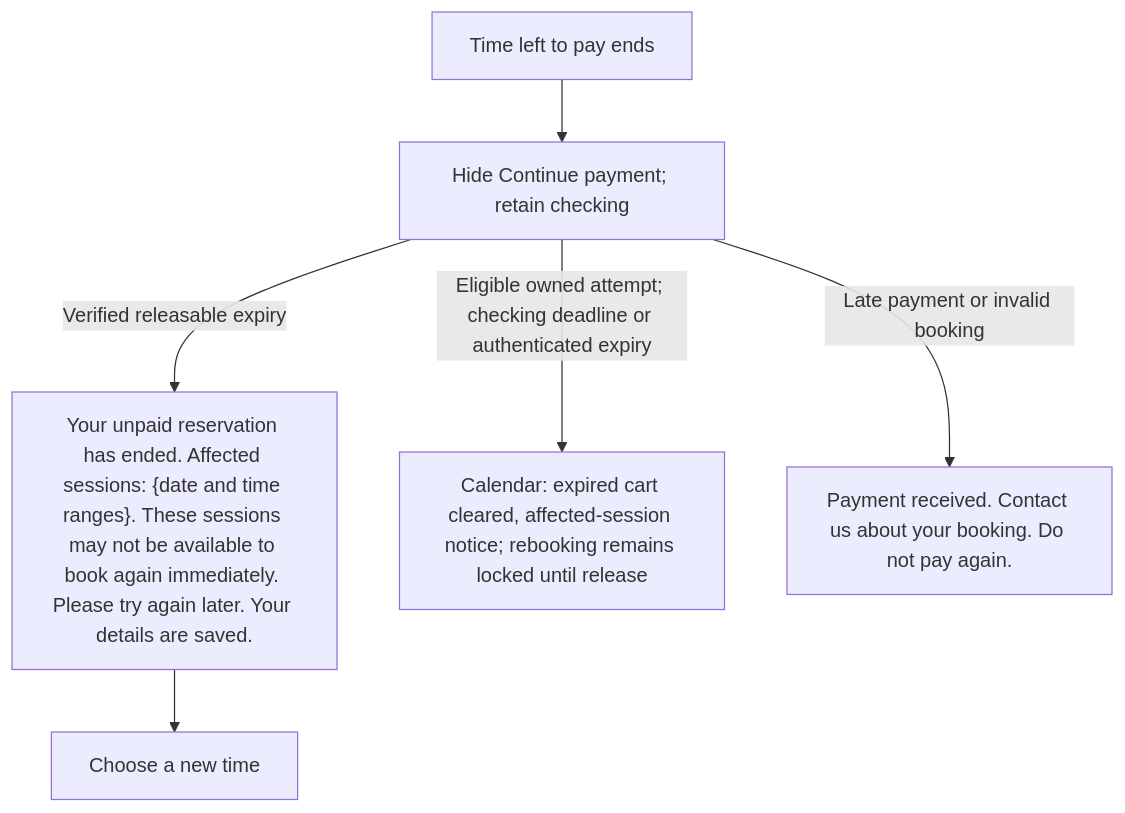
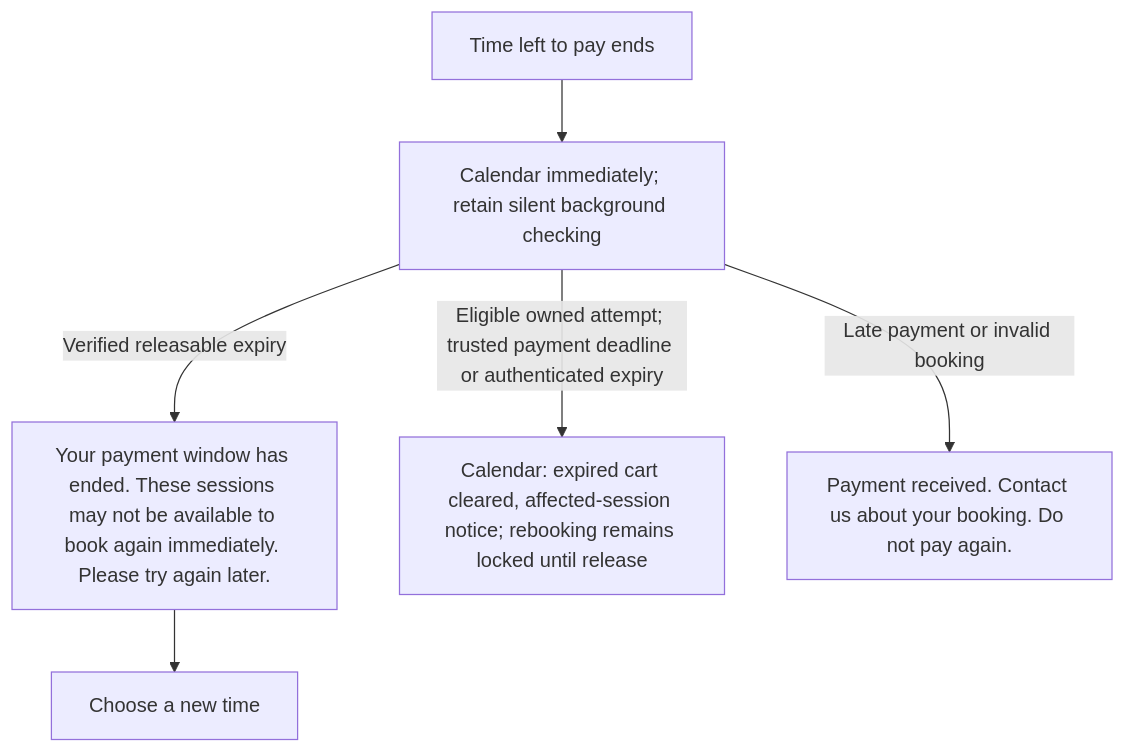
One commit to soccerbotstudiosg/soccerbotstudioSG changed diagram 13 of 19 in docs/booking-flows.md. Above: the diagram before and after it, drawn with Mermaid. The commit also changed other lines of this file and 63 other files, not shown here.

````diff
--- a/docs/booking-flows.md
+++ b/docs/booking-flows.md
@@ -214,8 +220,8 @@
 ```mermaid
 flowchart TD
-  A["Time left to pay ends"] --> B["Hide Continue payment; retain checking"]
-  B -->|Verified releasable expiry| C["Your unpaid reservation has ended. Affected sessions: {date and time ranges}. These sessions may not be available to book again immediately. Please try again later. Your details are saved."]
-  B -->|Eligible owned attempt; checking deadline or authenticated expiry| D["Calendar: expired cart cleared, affected-session notice; rebooking remains locked until release"]
+  A["Time left to pay ends"] --> B["Calendar immediately; retain silent background checking"]
+  B -->|Verified releasable expiry| C["Your payment window has ended. These sessions may not be available to book again immediately. Please try again later."]
+  B -->|Eligible owned attempt; trusted payment deadline or authenticated expiry| D["Calendar: expired cart cleared, affected-session notice; rebooking remains locked until release"]
   B -->|Late payment or invalid booking| E["Payment received. Contact us about your booking. Do not pay again."]
   C --> F["Choose a new time"]
 ```
````
